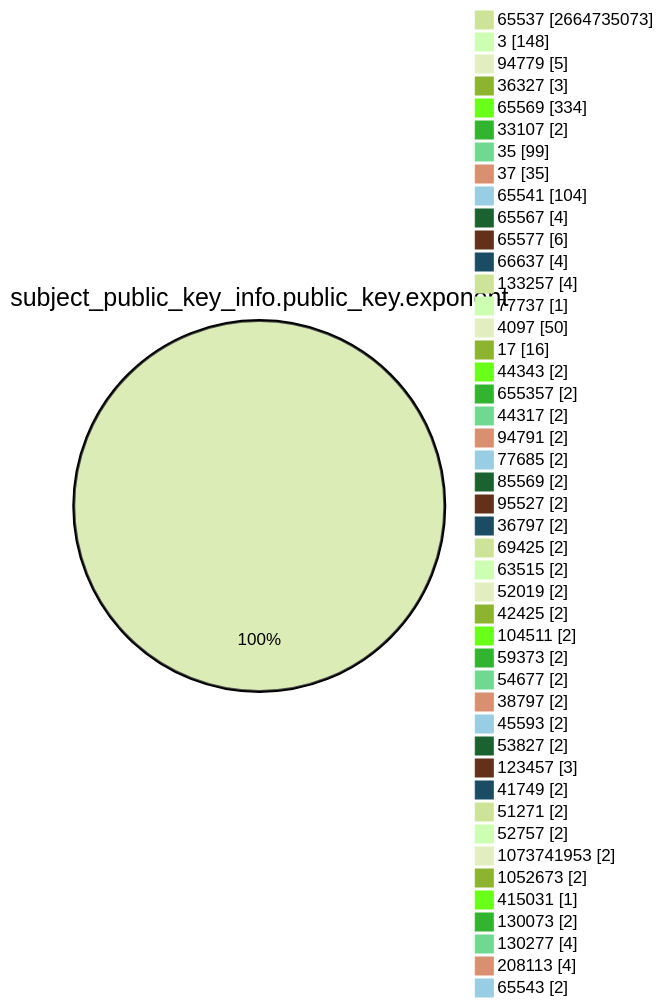
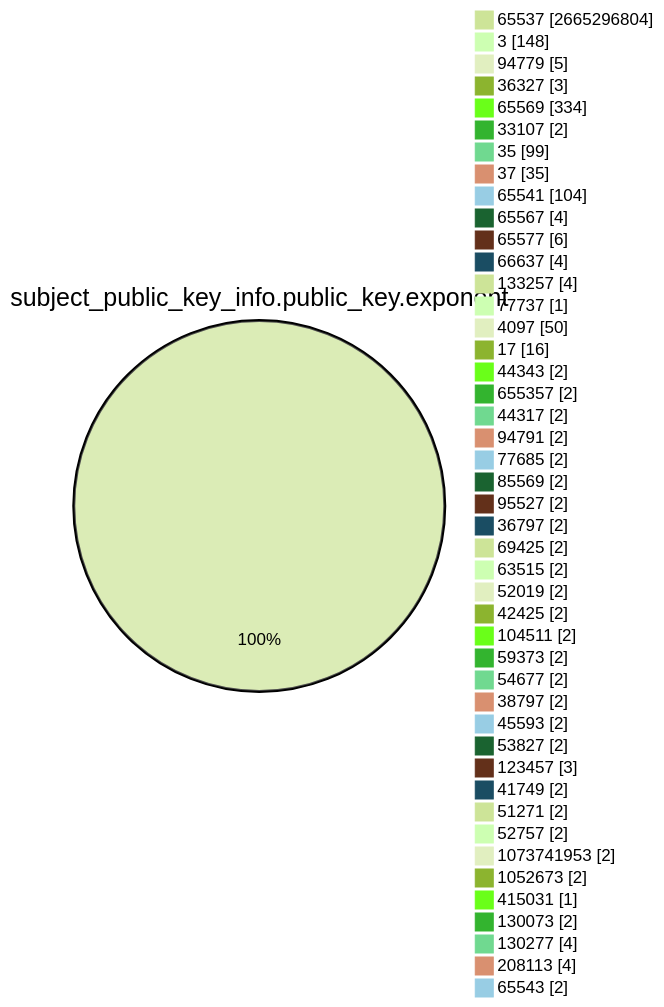
The fourth of 15 diagrams in TOTAL/README.md (christiankrug/ctmonitor_visualization), drawn with Mermaid (forest theme) before and after one commit. The commit also changed other lines of this file, not shown here.

````diff
--- a/TOTAL/README.md
+++ b/TOTAL/README.md
@@ -1466,49 +1466,49 @@
 ```mermaid
 pie showData
 title subject_public_key_info.public_key.exponent
-"65537" :2664735073
+"65537" :2665296804
 "3" :148
 "94779" :5
 "36327" :3
 "65569" :334
 "33107" :2
 "35" :99
 "37" :35
 "65541" :104
 "65567" :4
 "65577" :6
 "66637" :4
 "133257" :4
 "77737" :1
 "4097" :50
 "17" :16
 "44343" :2
 "655357" :2
 "44317" :2
 "94791" :2
 "77685" :2
 "85569" :2
 "95527" :2
 "36797" :2
 "69425" :2
 "63515" :2
 "52019" :2
 "42425" :2
 "104511" :2
 "59373" :2
 "54677" :2
 "38797" :2
 "45593" :2
 "53827" :2
 "123457" :3
 "41749" :2
 "51271" :2
 "52757" :2
 "1073741953" :2
 "1052673" :2
 "415031" :1
 "130073" :2
 "130277" :4
 "208113" :4
 "65543" :2
 ```
````
